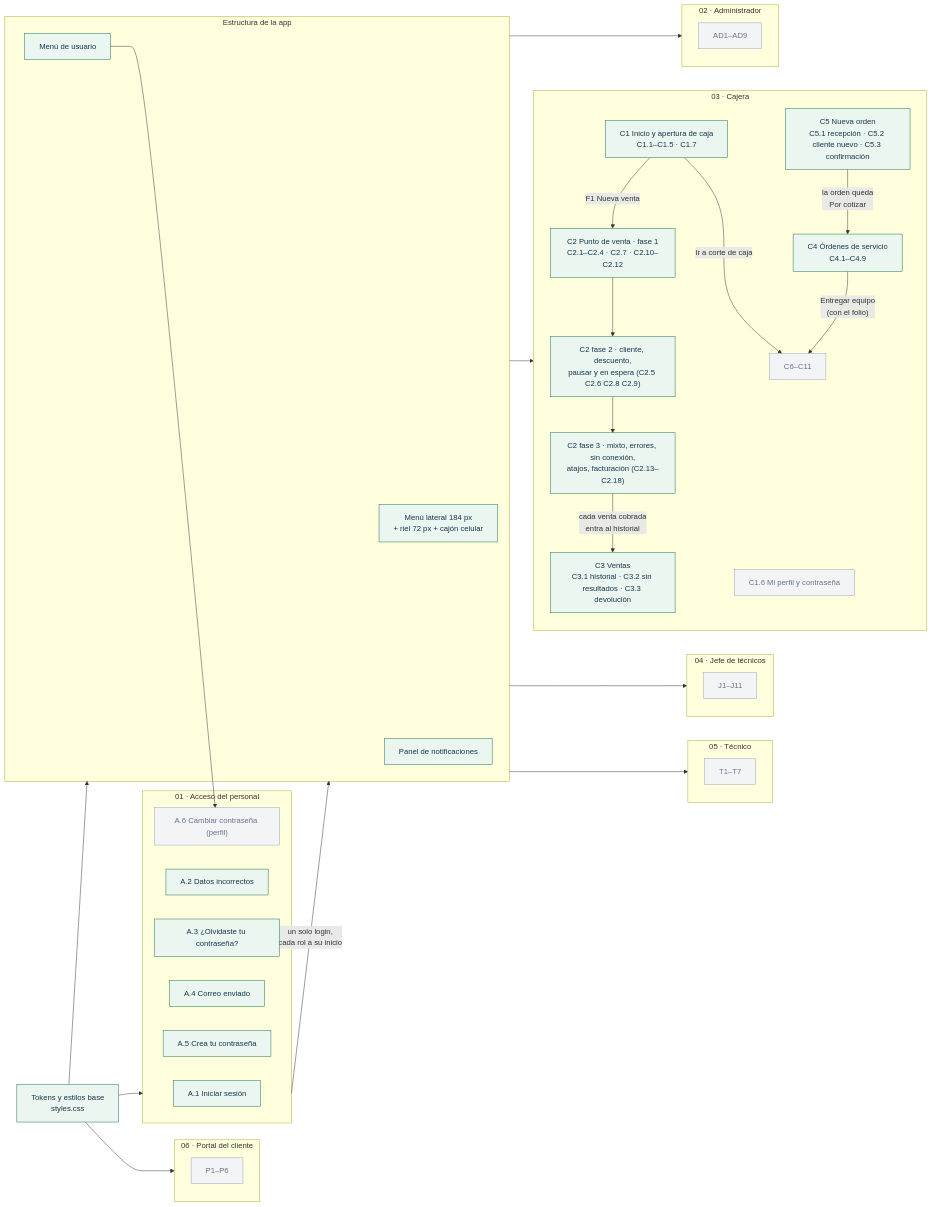
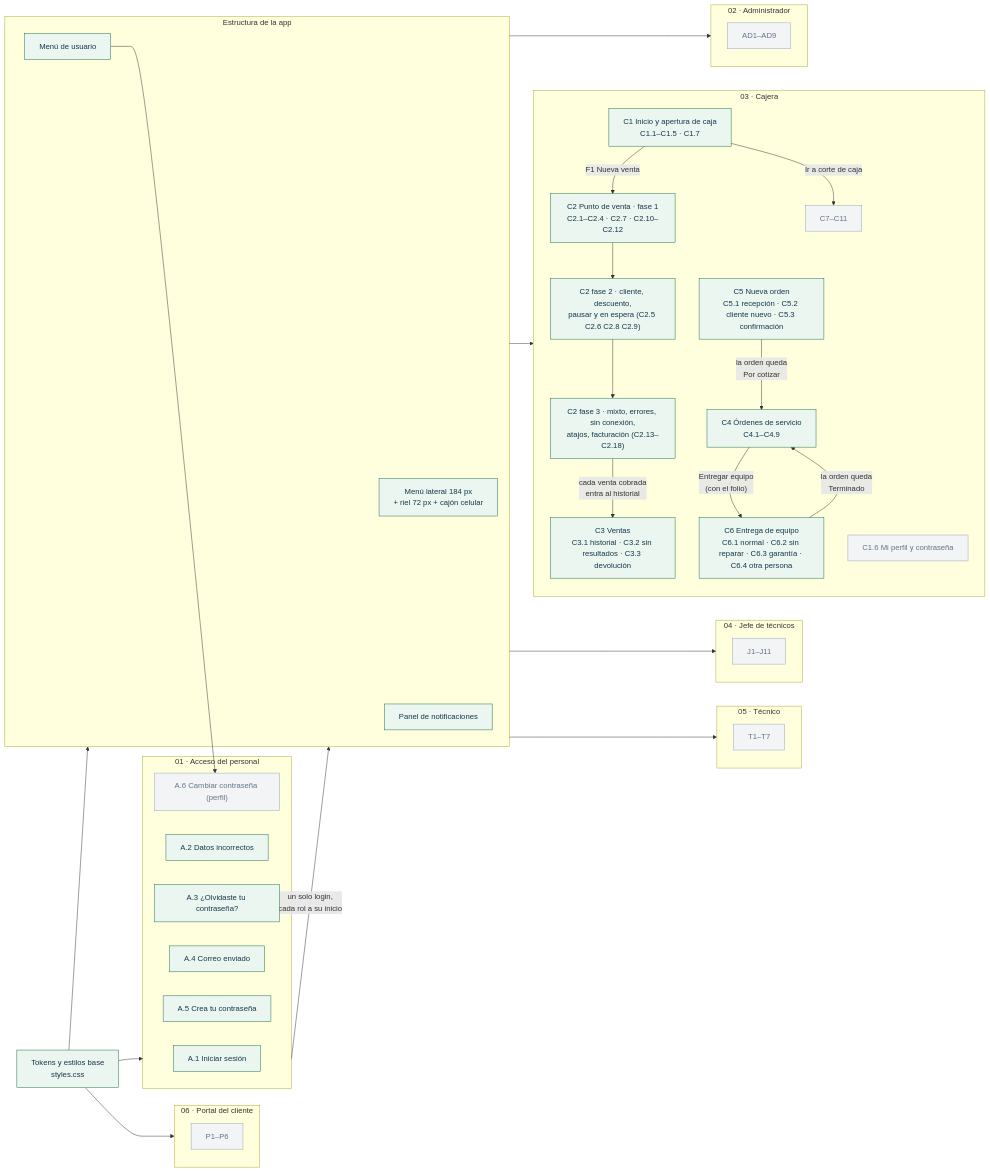
Before and after one commit to dianaaochoa/SHURI-Sistema-Gestion: the first of 3 diagrams in frontend/BITACORA.md, drawn with Mermaid. The commit also changed other lines of this file, not shown here.

Commit message:
docs(frontend): bitácora y grafos con Entrega de equipo (C6)

````diff
--- a/frontend/BITACORA.md
+++ b/frontend/BITACORA.md
@@ -15,60 +15,62 @@
 ```mermaid
 flowchart LR
   classDef hecho fill:#eaf6ef,stroke:#187047,color:#17374e
   classDef curso fill:#fff4dc,stroke:#925d0b,color:#17374e
   classDef pendiente fill:#f3f4f6,stroke:#94a3b8,color:#64748b
 
   BASE["Tokens y estilos base<br/>styles.css"]:::hecho
 
   subgraph ACC["01 · Acceso del personal"]
     A1["A.1 Iniciar sesión"]:::hecho
     A2["A.2 Datos incorrectos"]:::hecho
     A3["A.3 ¿Olvidaste tu contraseña?"]:::hecho
     A4["A.4 Correo enviado"]:::hecho
     A5["A.5 Crea tu contraseña"]:::hecho
     A6["A.6 Cambiar contraseña (perfil)"]:::pendiente
   end
 
   subgraph SHELL["Estructura de la app"]
     MENU["Menú lateral 184 px<br/>+ riel 72 px + cajón celular"]:::hecho
     USR["Menú de usuario"]:::hecho
     NOT["Panel de notificaciones"]:::hecho
   end
 
   subgraph ADM["02 · Administrador"]
     AD["AD1–AD9"]:::pendiente
   end
   subgraph CAJ["03 · Cajera"]
     C1["C1 Inicio y apertura de caja<br/>C1.1–C1.5 · C1.7"]:::hecho
     C16["C1.6 Mi perfil y contraseña"]:::pendiente
     C2A["C2 Punto de venta · fase 1<br/>C2.1–C2.4 · C2.7 · C2.10–C2.12"]:::hecho
     C2B["C2 fase 2 · cliente, descuento,<br/>pausar y en espera (C2.5 C2.6 C2.8 C2.9)"]:::hecho
     C2C["C2 fase 3 · mixto, errores, sin conexión,<br/>atajos, facturación (C2.13–C2.18)"]:::hecho
     C3["C3 Ventas<br/>C3.1 historial · C3.2 sin resultados · C3.3 devolución"]:::hecho
     C4["C4 Órdenes de servicio<br/>C4.1–C4.9"]:::hecho
     C5["C5 Nueva orden<br/>C5.1 recepción · C5.2 cliente nuevo · C5.3 confirmación"]:::hecho
-    C["C6–C11"]:::pendiente
+    C6["C6 Entrega de equipo<br/>C6.1 normal · C6.2 sin reparar · C6.3 garantía · C6.4 otra persona"]:::hecho
+    C["C7–C11"]:::pendiente
   end
   subgraph JEF["04 · Jefe de técnicos"]
     J["J1–J11"]:::pendiente
   end
   subgraph TEC["05 · Técnico"]
     T["T1–T7"]:::pendiente
   end
   subgraph POR["06 · Portal del cliente"]
     P["P1–P6"]:::pendiente
   end
 
   BASE --> ACC
   BASE --> SHELL
   ACC -->|"un solo login,<br/>cada rol a su inicio"| SHELL
   SHELL --> ADM & CAJ & JEF & TEC
   USR --> A6
   C1 -->|"F1 Nueva venta"| C2A
   C2A --> C2B --> C2C
   C2C -->|"cada venta cobrada<br/>entra al historial"| C3
   C5 -->|"la orden queda<br/>Por cotizar"| C4
-  C4 -->|"Entregar equipo<br/>(con el folio)"| C
+  C4 -->|"Entregar equipo<br/>(con el folio)"| C6
+  C6 -->|"la orden queda<br/>Terminado"| C4
   C1 -->|"Ir a corte de caja"| C
   BASE --> POR
 ```
````
